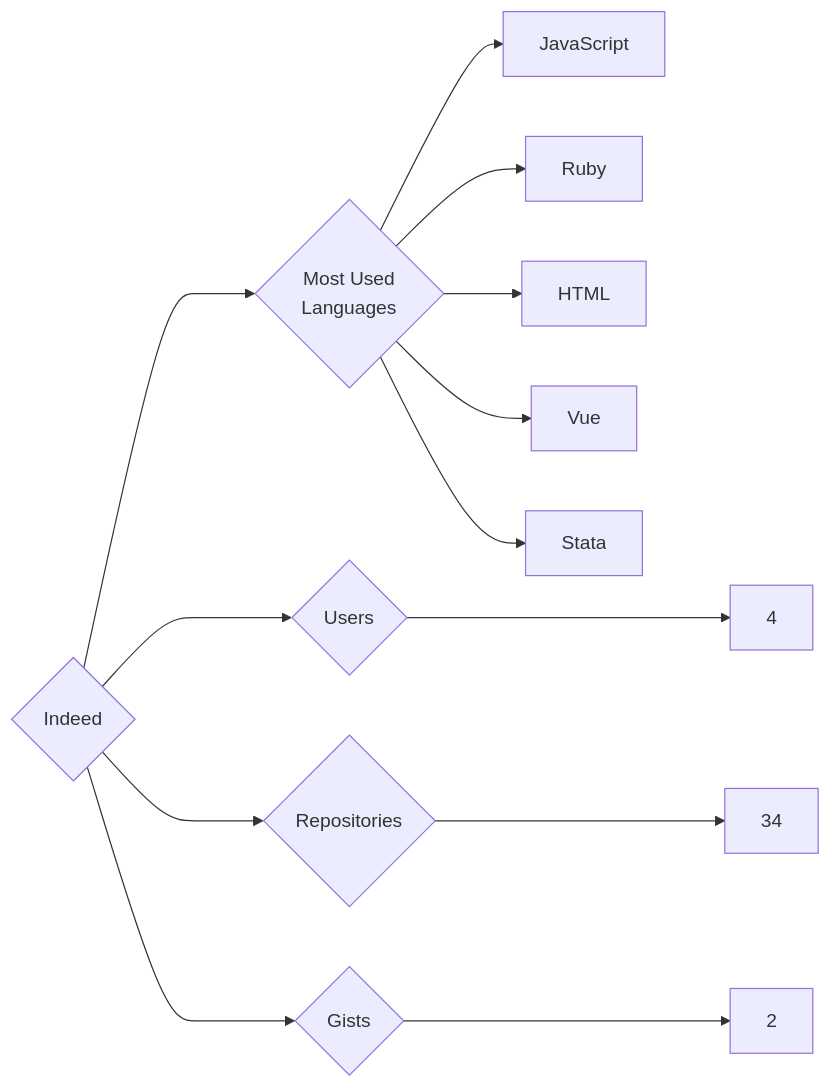
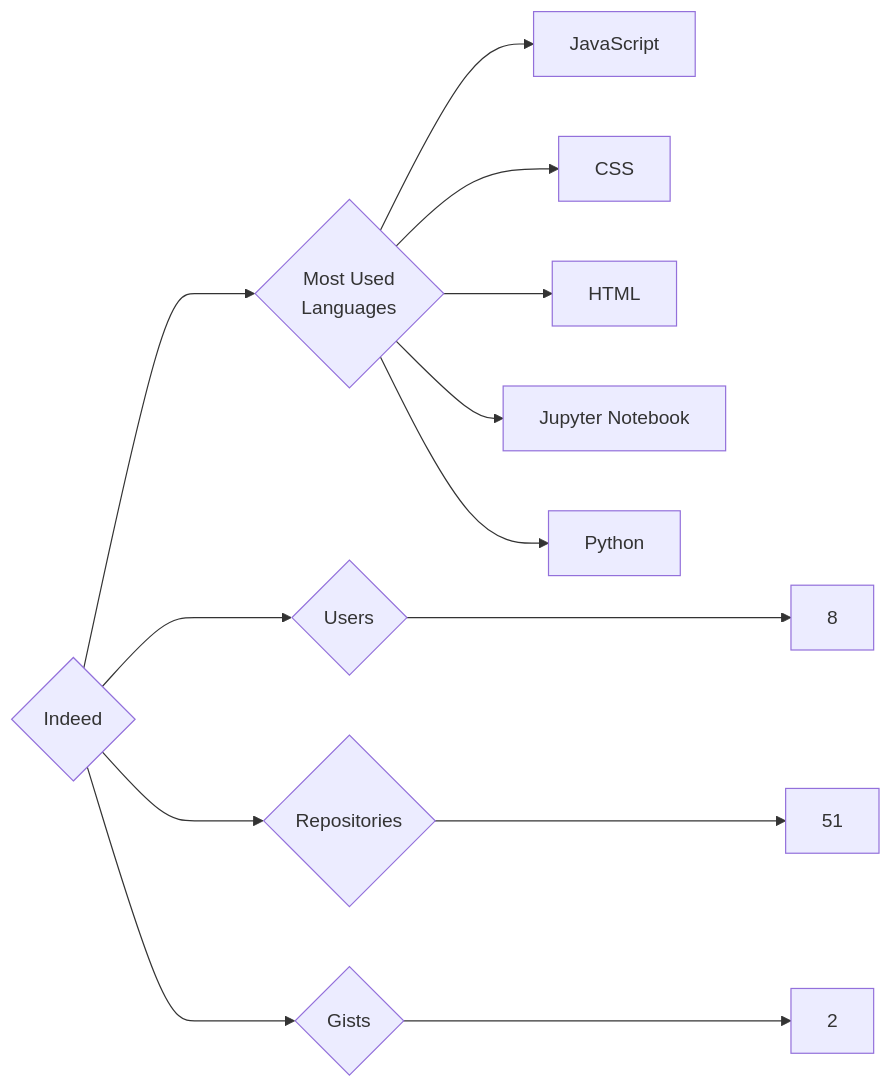
One commit to trickest/insiders changed the diagram in targets/Indeed/README.md. Above: the diagram before and after it, drawn with Mermaid. The commit also changed 823 other files, not shown here.

````diff
--- a/targets/Indeed/README.md
+++ b/targets/Indeed/README.md
@@ -3,13 +3,13 @@
 ```mermaid
 graph LR
 COMPANY_NAME{Indeed}
-COMPANY_NAME ---> U{Users} ---> UN[4]
-COMPANY_NAME ---> R{Repositories} ---> RN[34]
+COMPANY_NAME ---> U{Users} ---> UN[8]
+COMPANY_NAME ---> R{Repositories} ---> RN[51]
 COMPANY_NAME ---> G{Gists} ---> GN[2]
 COMPANY_NAME ---> ML{Most Used<br>Languages}
 ML --> JavaScript[JavaScript]
-ML --> Ruby[Ruby]
+ML --> CSS[CSS]
 ML --> HTML[HTML]
-ML --> Vue[Vue]
-ML --> Stata[Stata]
+ML --> Jupyter_Notebook[Jupyter Notebook]
+ML --> Python[Python]
 ```
````
